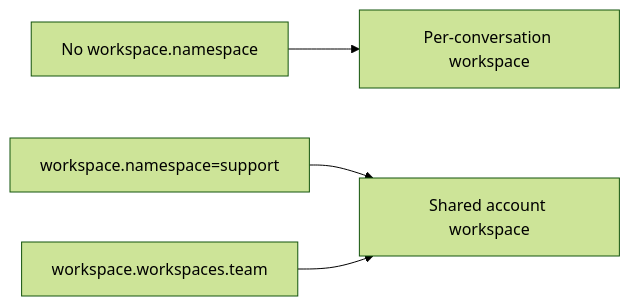
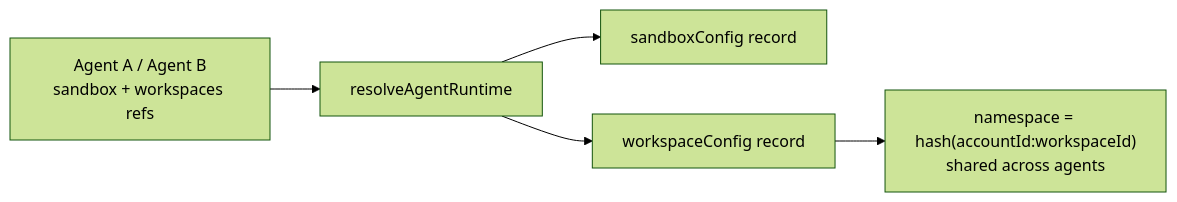
One commit to beeblastco/broods changed the tenth of 10 diagrams in docs/architecture.md. Above: the diagram before and after it, drawn with Mermaid (forest theme). The commit also changed other lines of this file and 84 other files, not shown here.

````diff
--- a/docs/architecture.md
+++ b/docs/architecture.md
@@ -263,6 +277,7 @@
 ```mermaid
 flowchart LR
-  Conversation["No workspace.namespace"] --> PerConversation["Per-conversation workspace"]
-  Namespace["workspace.namespace=support"] --> Shared["Shared account workspace"]
-  Named["workspace.workspaces.team"] --> Shared
+  Agents["Agent A / Agent B<br/>sandbox + workspaces refs"] --> Resolve["resolveAgentRuntime"]
+  Resolve --> SB["sandboxConfig record"]
+  Resolve --> WS["workspaceConfig record"]
+  WS --> NS["namespace = hash(accountId:workspaceId)<br/>shared across agents"]
 ```
````
